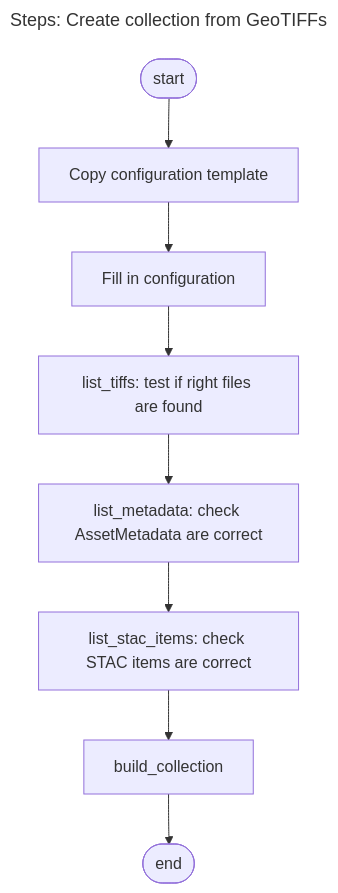
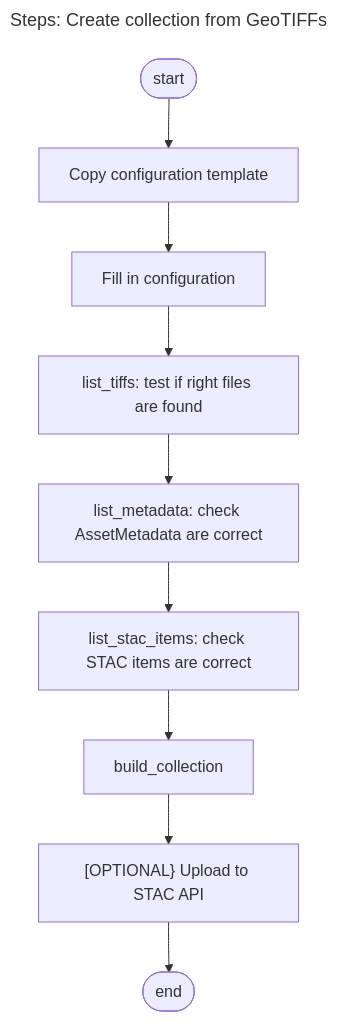
Before and after one commit to VitoTAP/stac-catalog-builder: the first of 6 diagrams in docs/workflow.md, drawn with Mermaid. The commit also changed 23 other files, not shown here.

````diff
--- a/docs/workflow.md
+++ b/docs/workflow.md
@@ -7,13 +7,14 @@
 ```mermaid
 ---
 title: "Steps: Create collection from GeoTIFFs"
 ---
 graph TD
     START_NODE([start]) --> copy_template["Copy configuration template"]
     copy_template --> fill_configuration["Fill in configuration"]
     fill_configuration --> test_tiffs_found["list_tiffs: test if right files are found"]
     test_tiffs_found --> check_assetmetadata["list_metadata: check AssetMetadata are correct"]
     check_assetmetadata --> check_stac_items["list_stac_items: check STAC items are correct"]
     check_stac_items --> build_collection[build_collection]
-    build_collection --> END_NODE([end])
+    build_collection --> upload_to_stac_api["[OPTIONAL} Upload to STAC API"]
+    upload_to_stac_api --> END_NODE([end])
 ```
````
